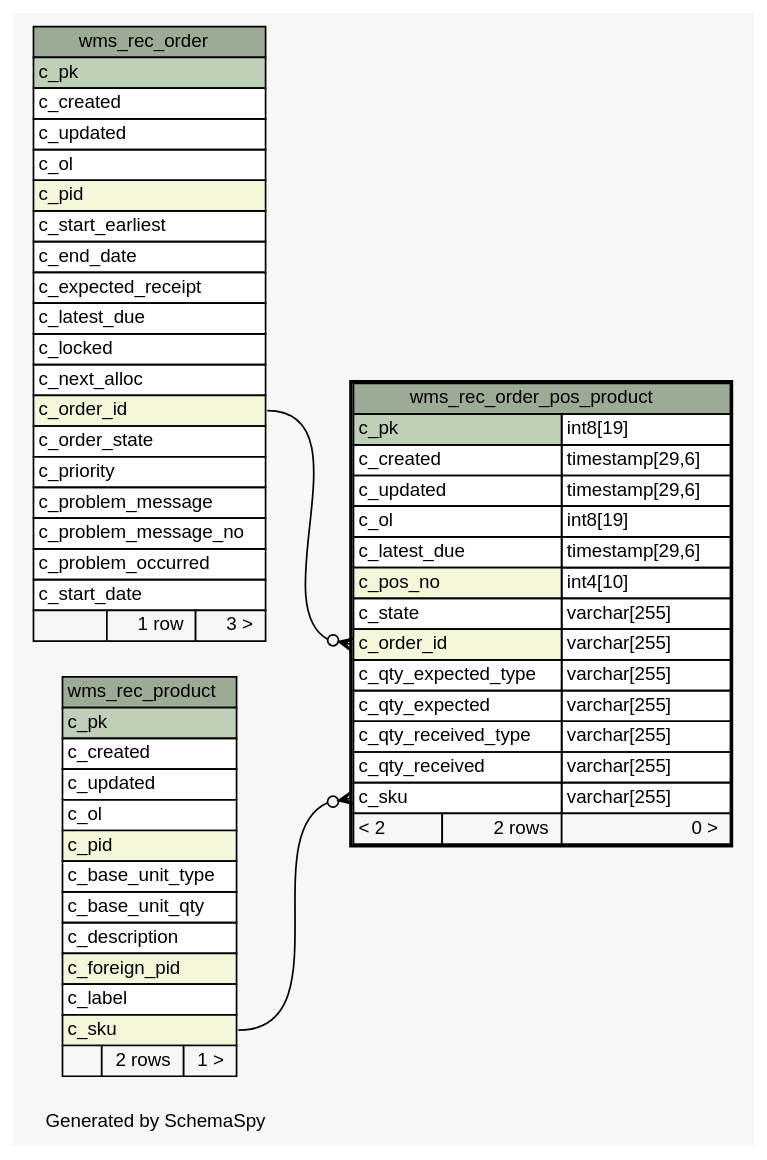
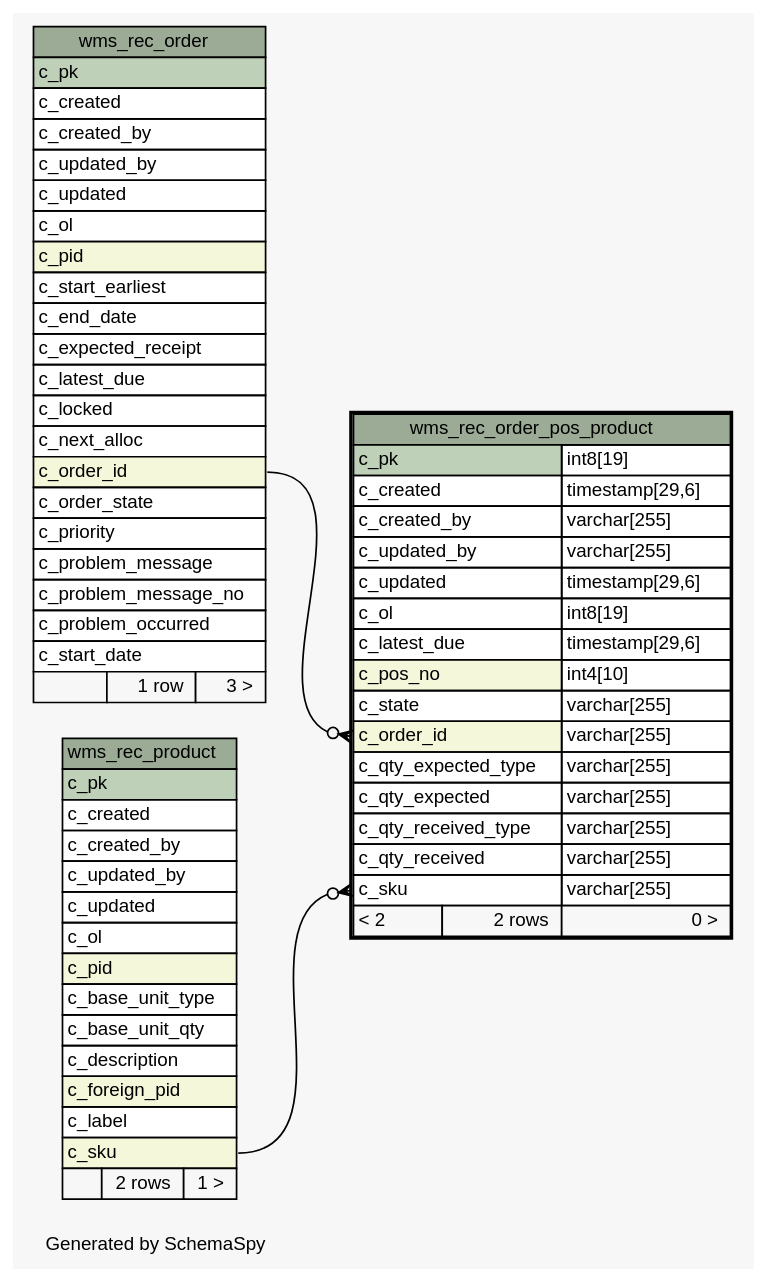
One commit to openwms/org.openwms.wms.receiving.lib changed the diagram in 1.0.0-SNAPSHOT/schemaspy/diagrams/wms_rec_order_pos_product.1degree.dot. Above: the diagram before and after it, drawn with Graphviz. The commit also changed 391 other files, not shown here.

```diff
--- a/1.0.0-SNAPSHOT/schemaspy/diagrams/wms_rec_order_pos_product.1degree.dot
+++ b/1.0.0-SNAPSHOT/schemaspy/diagrams/wms_rec_order_pos_product.1degree.dot
@@ -1,93 +1,99 @@
-// dot 2.43.0 on Linux 5.13.0-1022-azure
+// dot 2.43.0 on Linux 5.13.0-1025-azure
 // SchemaSpy rev Unknown
 digraph "oneDegreeRelationshipsDiagram" {
   graph [
     rankdir="RL"
     bgcolor="#f7f7f7"
     label="\nGenerated by SchemaSpy"
     labeljust="l"
     nodesep="0.18"
     ranksep="0.46"
     fontname="Helvetica"
     fontsize="11"
   ];
   node [
     fontname="Helvetica"
     fontsize="11"
     shape="plaintext"
   ];
   edge [
     arrowsize="0.8"
   ];
   "wms_rec_order_pos_product":"c_order_id":w -> "wms_rec_order":"c_order_id":e [arrowhead=none dir=back arrowtail=crowodot];
   "wms_rec_order_pos_product":"c_sku":w -> "wms_rec_product":"c_sku":e [arrowhead=none dir=back arrowtail=crowodot];
   "wms_rec_order" [
     label=<
     <TABLE BORDER="0" CELLBORDER="1" CELLSPACING="0" BGCOLOR="#ffffff">
       <TR><TD COLSPAN="3" BGCOLOR="#9bab96" ALIGN="CENTER">wms_rec_order</TD></TR>
       <TR><TD PORT="c_pk" COLSPAN="3" BGCOLOR="#bed1b8" ALIGN="LEFT">c_pk</TD></TR>
       <TR><TD PORT="c_created" COLSPAN="3" ALIGN="LEFT">c_created</TD></TR>
+      <TR><TD PORT="c_created_by" COLSPAN="3" ALIGN="LEFT">c_created_by</TD></TR>
+      <TR><TD PORT="c_updated_by" COLSPAN="3" ALIGN="LEFT">c_updated_by</TD></TR>
       <TR><TD PORT="c_updated" COLSPAN="3" ALIGN="LEFT">c_updated</TD></TR>
       <TR><TD PORT="c_ol" COLSPAN="3" ALIGN="LEFT">c_ol</TD></TR>
       <TR><TD PORT="c_pid" COLSPAN="3" BGCOLOR="#f4f7da" ALIGN="LEFT">c_pid</TD></TR>
       <TR><TD PORT="c_start_earliest" COLSPAN="3" ALIGN="LEFT">c_start_earliest</TD></TR>
       <TR><TD PORT="c_end_date" COLSPAN="3" ALIGN="LEFT">c_end_date</TD></TR>
       <TR><TD PORT="c_expected_receipt" COLSPAN="3" ALIGN="LEFT">c_expected_receipt</TD></TR>
       <TR><TD PORT="c_latest_due" COLSPAN="3" ALIGN="LEFT">c_latest_due</TD></TR>
       <TR><TD PORT="c_locked" COLSPAN="3" ALIGN="LEFT">c_locked</TD></TR>
       <TR><TD PORT="c_next_alloc" COLSPAN="3" ALIGN="LEFT">c_next_alloc</TD></TR>
       <TR><TD PORT="c_order_id" COLSPAN="3" BGCOLOR="#f4f7da" ALIGN="LEFT">c_order_id</TD></TR>
       <TR><TD PORT="c_order_state" COLSPAN="3" ALIGN="LEFT">c_order_state</TD></TR>
       <TR><TD PORT="c_priority" COLSPAN="3" ALIGN="LEFT">c_priority</TD></TR>
       <TR><TD PORT="c_problem_message" COLSPAN="3" ALIGN="LEFT">c_problem_message</TD></TR>
       <TR><TD PORT="c_problem_message_no" COLSPAN="3" ALIGN="LEFT">c_problem_message_no</TD></TR>
       <TR><TD PORT="c_problem_occurred" COLSPAN="3" ALIGN="LEFT">c_problem_occurred</TD></TR>
       <TR><TD PORT="c_start_date" COLSPAN="3" ALIGN="LEFT">c_start_date</TD></TR>
       <TR><TD ALIGN="LEFT" BGCOLOR="#f7f7f7">  </TD><TD ALIGN="RIGHT" BGCOLOR="#f7f7f7">1 row</TD><TD ALIGN="RIGHT" BGCOLOR="#f7f7f7">3 &gt;</TD></TR>
     </TABLE>>
     URL="wms_rec_order.html"
     tooltip="wms_rec_order"
   ];
   "wms_rec_order_pos_product" [
     label=<
     <TABLE BORDER="2" CELLBORDER="1" CELLSPACING="0" BGCOLOR="#ffffff">
       <TR><TD COLSPAN="3" BGCOLOR="#9bab96" ALIGN="CENTER">wms_rec_order_pos_product</TD></TR>
       <TR><TD PORT="c_pk" COLSPAN="2" BGCOLOR="#bed1b8" ALIGN="LEFT">c_pk</TD><TD PORT="c_pk.type" ALIGN="LEFT">int8[19]</TD></TR>
       <TR><TD PORT="c_created" COLSPAN="2" ALIGN="LEFT">c_created</TD><TD PORT="c_created.type" ALIGN="LEFT">timestamp[29,6]</TD></TR>
+      <TR><TD PORT="c_created_by" COLSPAN="2" ALIGN="LEFT">c_created_by</TD><TD PORT="c_created_by.type" ALIGN="LEFT">varchar[255]</TD></TR>
+      <TR><TD PORT="c_updated_by" COLSPAN="2" ALIGN="LEFT">c_updated_by</TD><TD PORT="c_updated_by.type" ALIGN="LEFT">varchar[255]</TD></TR>
       <TR><TD PORT="c_updated" COLSPAN="2" ALIGN="LEFT">c_updated</TD><TD PORT="c_updated.type" ALIGN="LEFT">timestamp[29,6]</TD></TR>
       <TR><TD PORT="c_ol" COLSPAN="2" ALIGN="LEFT">c_ol</TD><TD PORT="c_ol.type" ALIGN="LEFT">int8[19]</TD></TR>
       <TR><TD PORT="c_latest_due" COLSPAN="2" ALIGN="LEFT">c_latest_due</TD><TD PORT="c_latest_due.type" ALIGN="LEFT">timestamp[29,6]</TD></TR>
       <TR><TD PORT="c_pos_no" COLSPAN="2" BGCOLOR="#f4f7da" ALIGN="LEFT">c_pos_no</TD><TD PORT="c_pos_no.type" ALIGN="LEFT">int4[10]</TD></TR>
       <TR><TD PORT="c_state" COLSPAN="2" ALIGN="LEFT">c_state</TD><TD PORT="c_state.type" ALIGN="LEFT">varchar[255]</TD></TR>
       <TR><TD PORT="c_order_id" COLSPAN="2" BGCOLOR="#f4f7da" ALIGN="LEFT">c_order_id</TD><TD PORT="c_order_id.type" ALIGN="LEFT">varchar[255]</TD></TR>
       <TR><TD PORT="c_qty_expected_type" COLSPAN="2" ALIGN="LEFT">c_qty_expected_type</TD><TD PORT="c_qty_expected_type.type" ALIGN="LEFT">varchar[255]</TD></TR>
       <TR><TD PORT="c_qty_expected" COLSPAN="2" ALIGN="LEFT">c_qty_expected</TD><TD PORT="c_qty_expected.type" ALIGN="LEFT">varchar[255]</TD></TR>
       <TR><TD PORT="c_qty_received_type" COLSPAN="2" ALIGN="LEFT">c_qty_received_type</TD><TD PORT="c_qty_received_type.type" ALIGN="LEFT">varchar[255]</TD></TR>
       <TR><TD PORT="c_qty_received" COLSPAN="2" ALIGN="LEFT">c_qty_received</TD><TD PORT="c_qty_received.type" ALIGN="LEFT">varchar[255]</TD></TR>
       <TR><TD PORT="c_sku" COLSPAN="2" ALIGN="LEFT">c_sku</TD><TD PORT="c_sku.type" ALIGN="LEFT">varchar[255]</TD></TR>
       <TR><TD ALIGN="LEFT" BGCOLOR="#f7f7f7">&lt; 2</TD><TD ALIGN="RIGHT" BGCOLOR="#f7f7f7">2 rows</TD><TD ALIGN="RIGHT" BGCOLOR="#f7f7f7">0 &gt;</TD></TR>
     </TABLE>>
     URL="wms_rec_order_pos_product.html"
     tooltip="wms_rec_order_pos_product"
   ];
   "wms_rec_product" [
     label=<
     <TABLE BORDER="0" CELLBORDER="1" CELLSPACING="0" BGCOLOR="#ffffff">
       <TR><TD COLSPAN="3" BGCOLOR="#9bab96" ALIGN="CENTER">wms_rec_product</TD></TR>
       <TR><TD PORT="c_pk" COLSPAN="3" BGCOLOR="#bed1b8" ALIGN="LEFT">c_pk</TD></TR>
       <TR><TD PORT="c_created" COLSPAN="3" ALIGN="LEFT">c_created</TD></TR>
+      <TR><TD PORT="c_created_by" COLSPAN="3" ALIGN="LEFT">c_created_by</TD></TR>
+      <TR><TD PORT="c_updated_by" COLSPAN="3" ALIGN="LEFT">c_updated_by</TD></TR>
       <TR><TD PORT="c_updated" COLSPAN="3" ALIGN="LEFT">c_updated</TD></TR>
       <TR><TD PORT="c_ol" COLSPAN="3" ALIGN="LEFT">c_ol</TD></TR>
       <TR><TD PORT="c_pid" COLSPAN="3" BGCOLOR="#f4f7da" ALIGN="LEFT">c_pid</TD></TR>
       <TR><TD PORT="c_base_unit_type" COLSPAN="3" ALIGN="LEFT">c_base_unit_type</TD></TR>
       <TR><TD PORT="c_base_unit_qty" COLSPAN="3" ALIGN="LEFT">c_base_unit_qty</TD></TR>
       <TR><TD PORT="c_description" COLSPAN="3" ALIGN="LEFT">c_description</TD></TR>
       <TR><TD PORT="c_foreign_pid" COLSPAN="3" BGCOLOR="#f4f7da" ALIGN="LEFT">c_foreign_pid</TD></TR>
       <TR><TD PORT="c_label" COLSPAN="3" ALIGN="LEFT">c_label</TD></TR>
       <TR><TD PORT="c_sku" COLSPAN="3" BGCOLOR="#f4f7da" ALIGN="LEFT">c_sku</TD></TR>
       <TR><TD ALIGN="LEFT" BGCOLOR="#f7f7f7">  </TD><TD ALIGN="RIGHT" BGCOLOR="#f7f7f7">2 rows</TD><TD ALIGN="RIGHT" BGCOLOR="#f7f7f7">1 &gt;</TD></TR>
     </TABLE>>
     URL="wms_rec_product.html"
     tooltip="wms_rec_product"
   ];
 }
```
